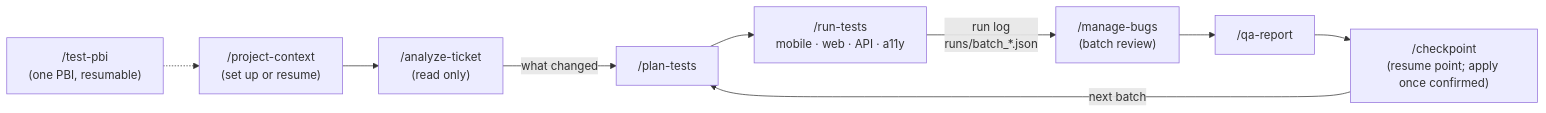
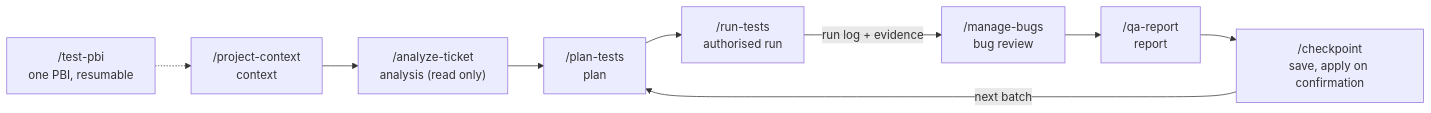
One commit to palmeida98/qa-assistant changed the first of 2 diagrams in README.md. Above: the diagram before and after it, drawn with Mermaid. The commit also changed other lines of this file and 12 other files, not shown here.

````diff
--- a/README.md
+++ b/README.md
@@ -85,11 +52,11 @@
 ```mermaid
 flowchart LR
-  O["/project-context<br/>(set up or resume)"] --> T["/analyze-ticket<br/>(read only)"]
-  T -->|"what changed"| P["/plan-tests"]
-  P --> E["/run-tests<br/>mobile · web · API · a11y"]
-  E -->|"run log<br/>runs/batch_*.json"| B["/manage-bugs<br/>(batch review)"]
-  B --> R["/qa-report"]
-  R --> C["/checkpoint<br/>(resume point; apply once confirmed)"]
-  C -->|next batch| P
-  X["/test-pbi<br/>(one PBI, resumable)"] -.-> O
+  C["/project-context<br/>context"] --> A["/analyze-ticket<br/>analysis (read only)"]
+  A --> P["/plan-tests<br/>plan"]
+  P --> R["/run-tests<br/>authorised run"]
+  R -->|"run log + evidence"| B["/manage-bugs<br/>bug review"]
+  B --> Q["/qa-report<br/>report"]
+  Q --> K["/checkpoint<br/>save, apply on confirmation"]
+  K -->|next batch| P
+  T["/test-pbi<br/>one PBI, resumable"] -.-> C
 ```
````
